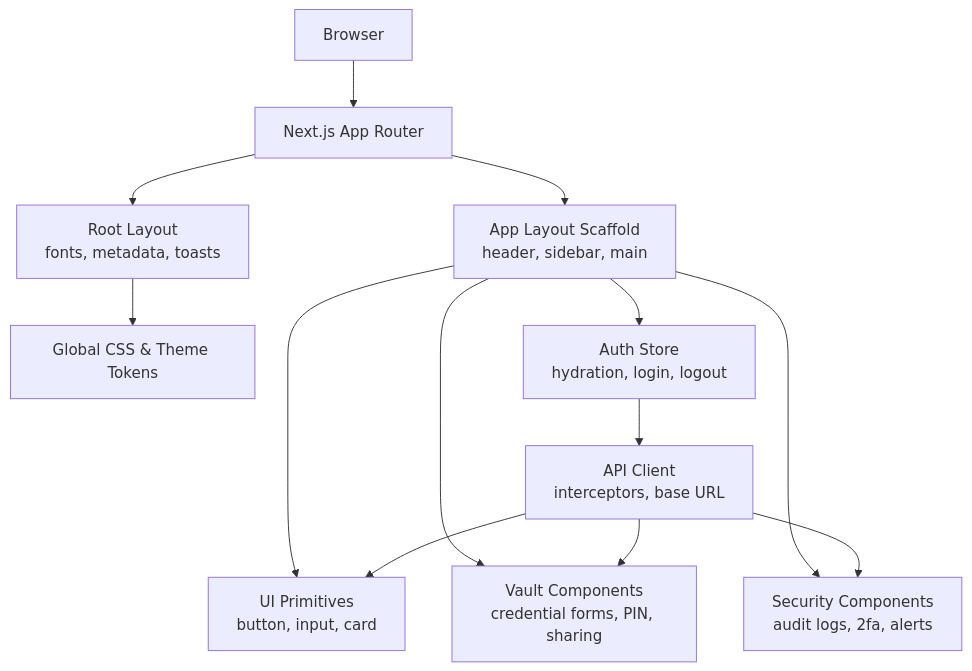
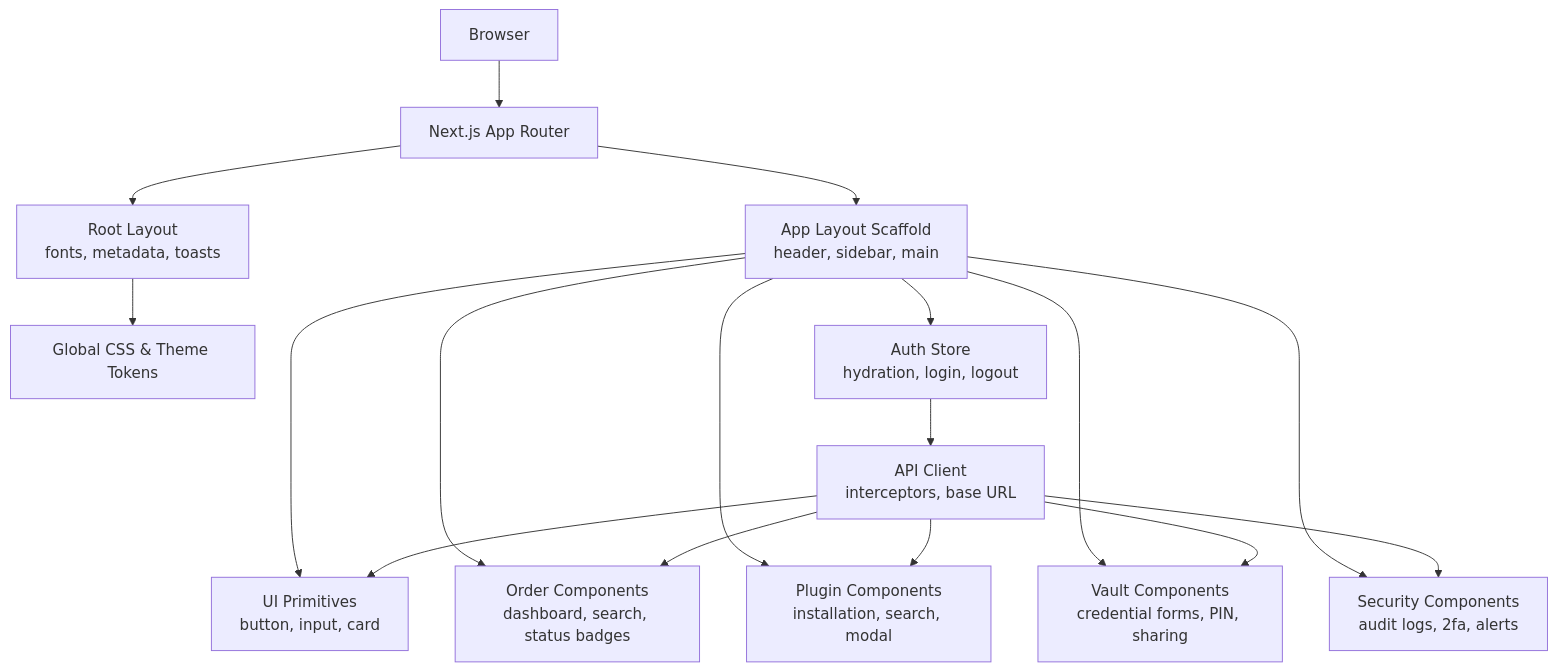
One commit to FCS-WP/website_portal changed the second of 22 diagrams in .qoder/repowiki/en/content/Frontend Architecture (Next.js)/Frontend Architecture (Next.js).md. Above: the diagram before and after it, drawn with Mermaid. The commit also changed other lines of this file and 30 other files, not shown here.

````diff
--- a/.qoder/repowiki/en/content/Frontend Architecture (Next.js)/Frontend Architecture (Next.js).md
+++ b/.qoder/repowiki/en/content/Frontend Architecture (Next.js)/Frontend Architecture (Next.js).md
@@ -194,25 +212,31 @@
 ```mermaid
 graph TB
 CLIENT["Browser"]
 NEXT["Next.js App Router"]
 ROOTLAYOUT["Root Layout<br/>fonts, metadata, toasts"]
 GLOBTHEME["Global CSS & Theme Tokens"]
 LAYOUTCOMP["App Layout Scaffold<br/>header, sidebar, main"]
 AUTHSTORE["Auth Store<br/>hydration, login, logout"]
 APICLIENT["API Client<br/>interceptors, base URL"]
 UI["UI Primitives<br/>button, input, card"]
+ORDERSCOMP["Order Components<br/>dashboard, search, status badges"]
+PLUGINCOMP["Plugin Components<br/>installation, search, modal"]
 VAULTCOMP["Vault Components<br/>credential forms, PIN, sharing"]
 SECURITYCOMP["Security Components<br/>audit logs, 2fa, alerts"]
 CLIENT --> NEXT
 NEXT --> ROOTLAYOUT
 ROOTLAYOUT --> GLOBTHEME
 NEXT --> LAYOUTCOMP
 LAYOUTCOMP --> AUTHSTORE
 AUTHSTORE --> APICLIENT
 LAYOUTCOMP --> UI
+LAYOUTCOMP --> ORDERSCOMP
+LAYOUTCOMP --> PLUGINCOMP
 LAYOUTCOMP --> VAULTCOMP
 LAYOUTCOMP --> SECURITYCOMP
 APICLIENT --> UI
+APICLIENT --> ORDERSCOMP
+APICLIENT --> PLUGINCOMP
 APICLIENT --> VAULTCOMP
 APICLIENT --> SECURITYCOMP
 ```
````
